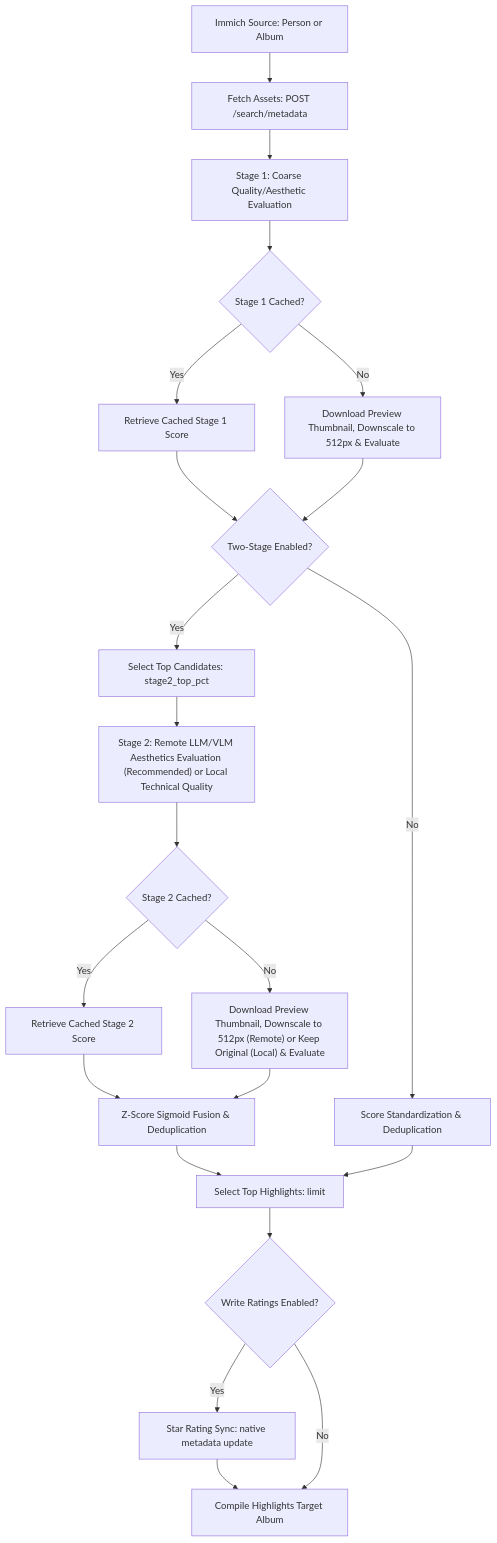
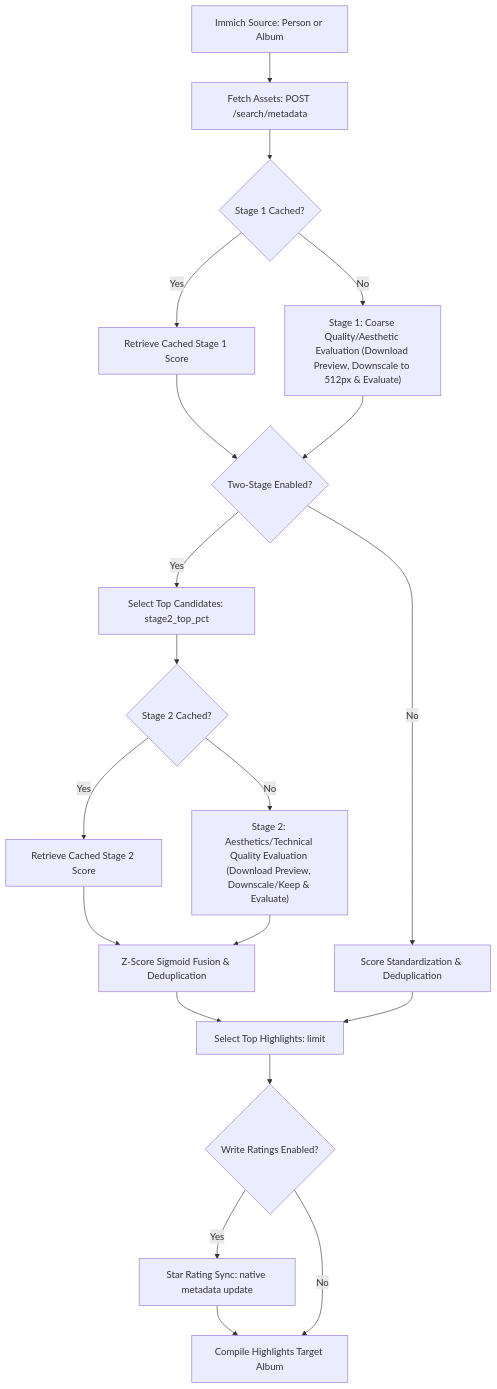
One commit to jbelew/immich-aesthetic-scorer changed the diagram in README.md. Above: the diagram before and after it, drawn with Mermaid. The commit also changed 1 other file, not shown here.

Commit message:
docs: position cache check before evaluation in diagrams
- Rearrange nodes in README.md and code_review_and_architecture.md Mermaid diagrams to place Stage 1 Cached? and Stage 2 Cached? checks before their respective evaluation steps

````diff
--- a/README.md
+++ b/README.md
@@ -17,28 +17,30 @@
 ```mermaid
 graph TD
     A[Immich Source: Person or Album] --> B[Fetch Assets: POST /search/metadata]
-    B --> C[Stage 1: Coarse Quality/Aesthetic Evaluation]
-    C --> D{Stage 1 Cached?}
-    D -->|Yes| E[Retrieve Cached Stage 1 Score]
-    D -->|No| F[Download Preview Thumbnail, Downscale to 512px & Evaluate]
-    E --> H{Two-Stage Enabled?}
-    F --> H
+    B --> C{Stage 1 Cached?}
 
-    H -->|Yes| I[Select Top Candidates: stage2_top_pct]
-    I --> J["Stage 2: Remote LLM/VLM Aesthetics Evaluation (Recommended) or Local Technical Quality"]
-    J --> K{Stage 2 Cached?}
-    K -->|Yes| L[Retrieve Cached Stage 2 Score]
-    K -->|No| M["Download Preview Thumbnail, Downscale to 512px (Remote) or Keep Original (Local) & Evaluate"]
-    L --> N[Z-Score Sigmoid Fusion & Deduplication]
-    M --> N
+    C -->|Yes| D[Retrieve Cached Stage 1 Score]
+    C -->|No| E["Stage 1: Coarse Quality/Aesthetic Evaluation (Download Preview, Downscale to 512px & Evaluate)"]
 
-    H -->|No| O[Score Standardization & Deduplication]
+    D --> F{Two-Stage Enabled?}
+    E --> F
 
-    N --> P[Select Top Highlights: limit]
-    O --> P
+    F -->|Yes| G[Select Top Candidates: stage2_top_pct]
+    G --> H{Stage 2 Cached?}
 
-    P --> Q{Write Ratings Enabled?}
-    Q -->|Yes| R[Star Rating Sync: native metadata update]
-    R --> S[Compile Highlights Target Album]
-    Q -->|No| S
+    H -->|Yes| I[Retrieve Cached Stage 2 Score]
+    H -->|No| J["Stage 2: Aesthetics/Technical Quality Evaluation (Download Preview, Downscale/Keep & Evaluate)"]
+
+    I --> K[Z-Score Sigmoid Fusion & Deduplication]
+    J --> K
+
+    F -->|No| L[Score Standardization & Deduplication]
+
+    K --> M[Select Top Highlights: limit]
+    L --> M
+
+    M --> N{Write Ratings Enabled?}
+    N -->|Yes| O[Star Rating Sync: native metadata update]
+    O --> P[Compile Highlights Target Album]
+    N -->|No| P
 ```
````
